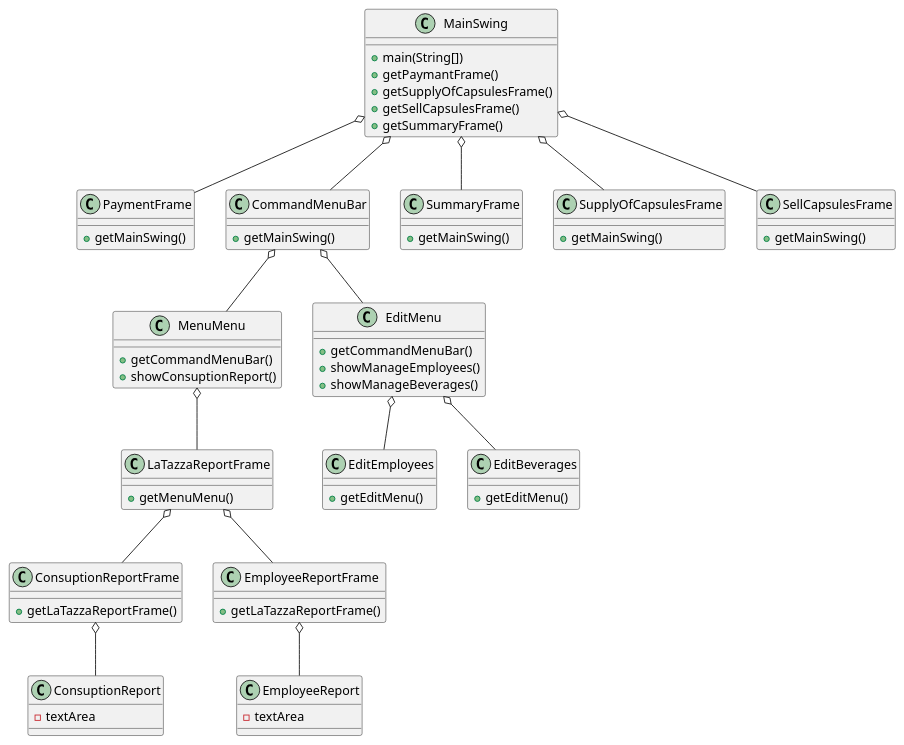
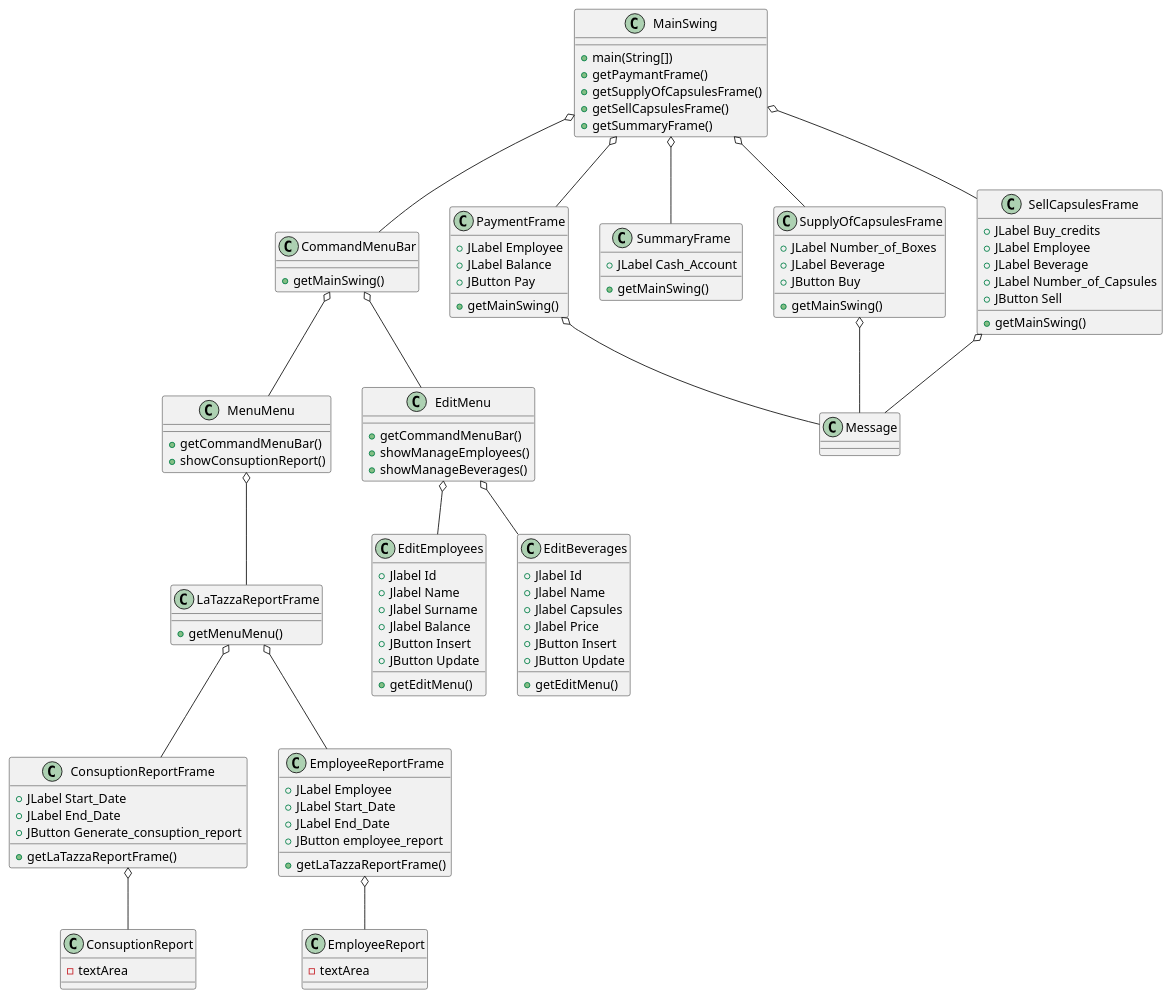
The fifth of 7 diagrams in templates/DesignDocumentTemplate.md (salvatore-dimartino/LaTazza), drawn with PlantUML before and after one commit.

````diff
--- a/templates/DesignDocumentTemplate.md
+++ b/templates/DesignDocumentTemplate.md
@@ -257,6 +257,9 @@
 }
 
 class PaymentFrame {
+    +JLabel Employee
+    +JLabel Balance
+    +JButton Pay
     +getMainSwing()
 }
 
@@ -265,6 +268,7 @@
 }
 
 class SummaryFrame {
+    +JLabel Cash_Account
     +getMainSwing()
 }
 
@@ -280,18 +284,38 @@
 }
 
 class SupplyOfCapsulesFrame {
+    +JLabel Number_of_Boxes
+    +JLabel Beverage
+    +JButton Buy
     +getMainSwing()
 }
 
 class SellCapsulesFrame {
+    +JLabel Buy_credits
+    +JLabel Employee
+    +JLabel Beverage
+    +JLabel Number_of_Capsules
+    +JButton Sell
     +getMainSwing()
 }
 
 class EditEmployees {
+    +Jlabel Id
+    +Jlabel Name
+    +Jlabel Surname
+    +Jlabel Balance
+    +JButton Insert
+    +JButton Update
     +getEditMenu()
 }
 
 class EditBeverages {
+    +Jlabel Id
+    +Jlabel Name
+    +Jlabel Capsules
+    +Jlabel Price
+    +JButton Insert
+    +JButton Update
     +getEditMenu()
 }
 
@@ -300,10 +324,17 @@
 }
 
 class ConsuptionReportFrame {
+    +JLabel Start_Date
+    +JLabel End_Date
+    +JButton Generate_consuption_report
     +getLaTazzaReportFrame()
 }
 
 class EmployeeReportFrame {
+    +JLabel Employee
+    +JLabel Start_Date
+    +JLabel End_Date
+    +JButton employee_report
     +getLaTazzaReportFrame()
 }
 
@@ -312,6 +343,10 @@
 }
 class EmployeeReport {
     -textArea
+}
+
+class Message {
+
 }
 
 MainSwing o-- CommandMenuBar
@@ -329,5 +364,8 @@
 ConsuptionReportFrame o-- ConsuptionReport
 EmployeeReportFrame o-- EmployeeReport
 
+PaymentFrame o-- Message
+SupplyOfCapsulesFrame o-- Message
+SellCapsulesFrame o-- Message
 @enduml
 ```
````
